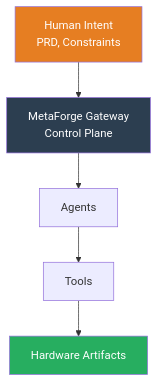
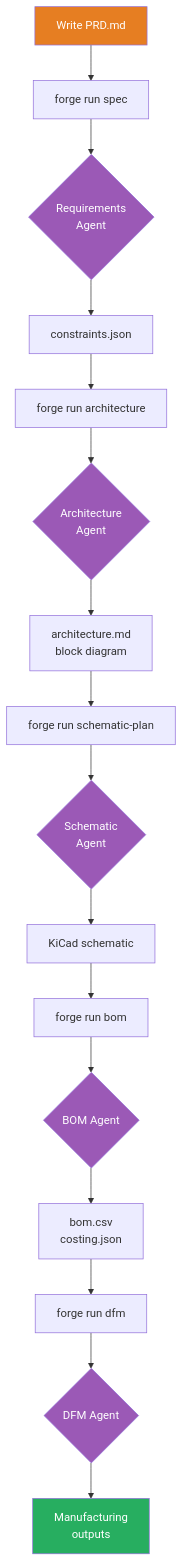
The eighth of 9 diagrams in docs/index.md (FidelOdok/MetaForge-Planner), drawn with Mermaid before and after one commit. The commit also changed other lines of this file and 23 other files, not shown here.

````diff
--- a/docs/index.md
+++ b/docs/index.md
@@ -56,11 +256,30 @@
 ```mermaid
-graph TD
-    A[Human Intent<br/>PRD, Constraints] --> B[MetaForge Gateway<br/>Control Plane]
-    B --> C[Agents]
-    C --> D[Tools]
-    D --> E[Hardware Artifacts]
+flowchart TD
+    A[Write PRD.md] --> B[forge run spec]
+    B --> C{Requirements<br/>Agent}
+    C --> D[constraints.json]
+
+    D --> E[forge run architecture]
+    E --> F{Architecture<br/>Agent}
+    F --> G[architecture.md<br/>block diagram]
+
+    G --> H[forge run schematic-plan]
+    H --> I{Schematic<br/>Agent}
+    I --> J[KiCad schematic]
+
+    J --> K[forge run bom]
+    K --> L{BOM Agent}
+    L --> M[bom.csv<br/>costing.json]
+
+    M --> N[forge run dfm]
+    N --> O{DFM Agent}
+    O --> P[Manufacturing<br/>outputs]
 
     style A fill:#E67E22,color:#fff
-    style B fill:#2C3E50,color:#fff
-    style E fill:#27ae60,color:#fff
+    style P fill:#27ae60,color:#fff
+    style C fill:#9b59b6,color:#fff
+    style F fill:#9b59b6,color:#fff
+    style I fill:#9b59b6,color:#fff
+    style L fill:#9b59b6,color:#fff
+    style O fill:#9b59b6,color:#fff
 ```
````
